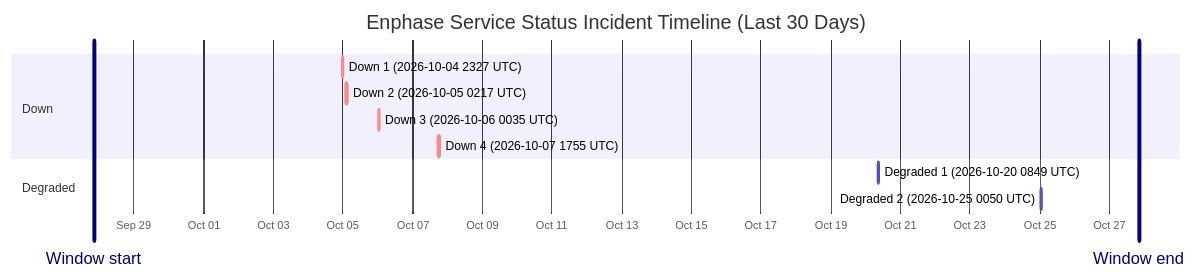
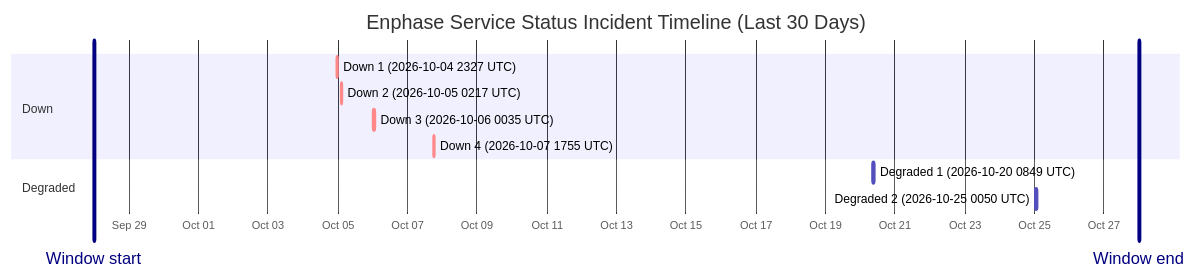
Before and after one commit to barneyonline/ha-enphase-energy: the diagram in wiki/Service-Status-History.md, drawn with Mermaid. The commit also changed other lines of this file and 3 other files, not shown here.

````diff
--- a/wiki/Service-Status-History.md
+++ b/wiki/Service-Status-History.md
@@ -14,16 +14,16 @@
 ```mermaid
 gantt
     title Enphase Service Status Incident Timeline (Last 30 Days)
     dateFormat  YYYY-MM-DDTHH:mm:ss
     axisFormat  %b %d
-    Window start :vert, window-start, 2026-09-27T20:25:47, 0ms
-    Window end :vert, window-end, 2026-10-27T20:25:47, 0ms
+    Window start :vert, window-start, 2026-09-27T23:54:58, 0ms
+    Window end :vert, window-end, 2026-10-27T23:54:58, 0ms
     section Down
     Down 1 (2026-10-04 2327 UTC) :crit, down-1, 2026-10-04T23:27:34, 60m
     Down 2 (2026-10-05 0217 UTC) :crit, down-2, 2026-10-05T02:17:30, 60m
     Down 3 (2026-10-06 0035 UTC) :crit, down-3, 2026-10-06T00:35:21, 60m
     Down 4 (2026-10-07 1755 UTC) :crit, down-4, 2026-10-07T17:55:16, 60m
     section Degraded
     Degraded 1 (2026-10-20 0849 UTC) :active, degraded-1, 2026-10-20T08:49:49, 60m
     Degraded 2 (2026-10-25 0050 UTC) :active, degraded-2, 2026-10-25T00:50:01, 60m
 ```
````
